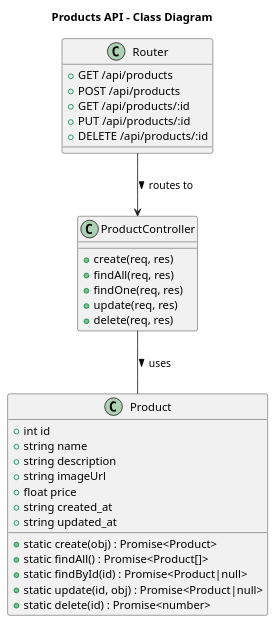
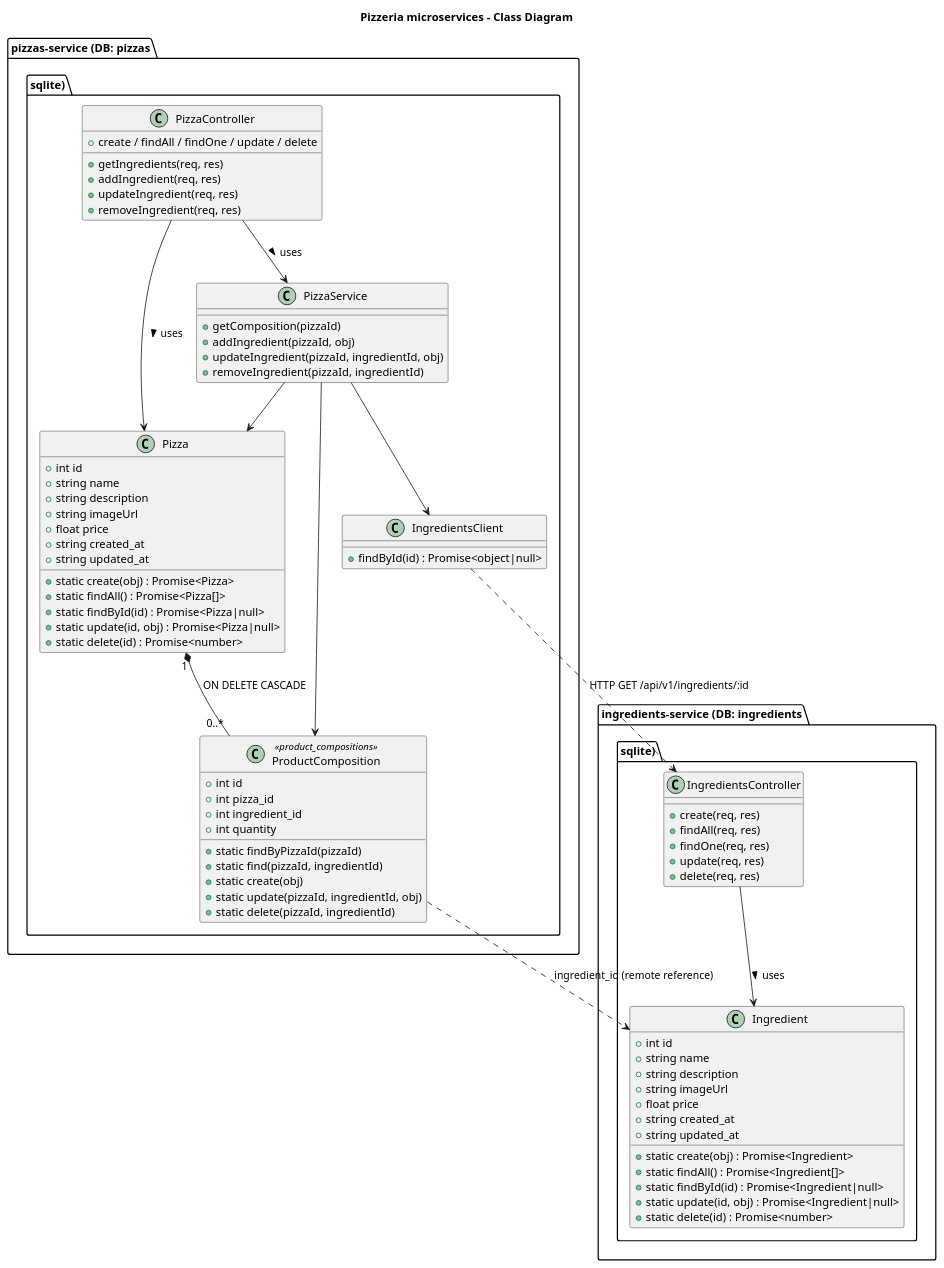
The diagram in docs/class_diagram.puml (the-dev-loic/I321-RouxLoic), drawn with PlantUML before and after one commit. The commit also changed 27 other files, not shown here.

First line of the commit message:
Split into pizzas and ingredients microservices

```diff
--- a/docs/class_diagram.puml
+++ b/docs/class_diagram.puml
@@ -1,38 +1,89 @@
 @startuml
-title Products API - Class Diagram
+title Pizzeria microservices - Class Diagram
 
-class Product {
-  +int id
-  +string name
-  +string description
-  +string imageUrl
-  +float price
-  +string created_at
-  +string updated_at
-  +static create(obj) : Promise<Product>
-  +static findAll() : Promise<Product[]>
-  +static findById(id) : Promise<Product|null>
-  +static update(id, obj) : Promise<Product|null>
-  +static delete(id) : Promise<number>
+package "ingredients-service (DB: ingredients.sqlite)" {
+  class Ingredient {
+    +int id
+    +string name
+    +string description
+    +string imageUrl
+    +float price
+    +string created_at
+    +string updated_at
+    +static create(obj) : Promise<Ingredient>
+    +static findAll() : Promise<Ingredient[]>
+    +static findById(id) : Promise<Ingredient|null>
+    +static update(id, obj) : Promise<Ingredient|null>
+    +static delete(id) : Promise<number>
+  }
+
+  class IngredientsController {
+    +create(req, res)
+    +findAll(req, res)
+    +findOne(req, res)
+    +update(req, res)
+    +delete(req, res)
+  }
+
+  IngredientsController --> Ingredient : uses >
 }
 
-class ProductController {
-  +create(req, res)
-  +findAll(req, res)
-  +findOne(req, res)
-  +update(req, res)
-  +delete(req, res)
+package "pizzas-service (DB: pizzas.sqlite)" {
+  class Pizza {
+    +int id
+    +string name
+    +string description
+    +string imageUrl
+    +float price
+    +string created_at
+    +string updated_at
+    +static create(obj) : Promise<Pizza>
+    +static findAll() : Promise<Pizza[]>
+    +static findById(id) : Promise<Pizza|null>
+    +static update(id, obj) : Promise<Pizza|null>
+    +static delete(id) : Promise<number>
+  }
+
+  class ProductComposition <<product_compositions>> {
+    +int id
+    +int pizza_id
+    +int ingredient_id
+    +int quantity
+    +static findByPizzaId(pizzaId)
+    +static find(pizzaId, ingredientId)
+    +static create(obj)
+    +static update(pizzaId, ingredientId, obj)
+    +static delete(pizzaId, ingredientId)
+  }
+
+  class PizzaController {
+    +create / findAll / findOne / update / delete
+    +getIngredients(req, res)
+    +addIngredient(req, res)
+    +updateIngredient(req, res)
+    +removeIngredient(req, res)
+  }
+
+  class PizzaService {
+    +getComposition(pizzaId)
+    +addIngredient(pizzaId, obj)
+    +updateIngredient(pizzaId, ingredientId, obj)
+    +removeIngredient(pizzaId, ingredientId)
+  }
+
+  class IngredientsClient {
+    +findById(id) : Promise<object|null>
+  }
+
+  Pizza "1" *-- "0..*" ProductComposition : ON DELETE CASCADE
+  PizzaController --> Pizza : uses >
+  PizzaController --> PizzaService : uses >
+  PizzaService --> Pizza
+  PizzaService --> ProductComposition
+  PizzaService --> IngredientsClient
 }
 
-class Router {
-  +GET /api/products
-  +POST /api/products
-  +GET /api/products/:id
-  +PUT /api/products/:id
-  +DELETE /api/products/:id
-}
-
-ProductController -- Product : uses >
-Router --> ProductController : routes to >
+IngredientsClient ..> IngredientsController : HTTP GET /api/v1/ingredients/:id
+ProductComposition ..> Ingredient : ingredient_id (remote reference)
 
 @enduml
```
